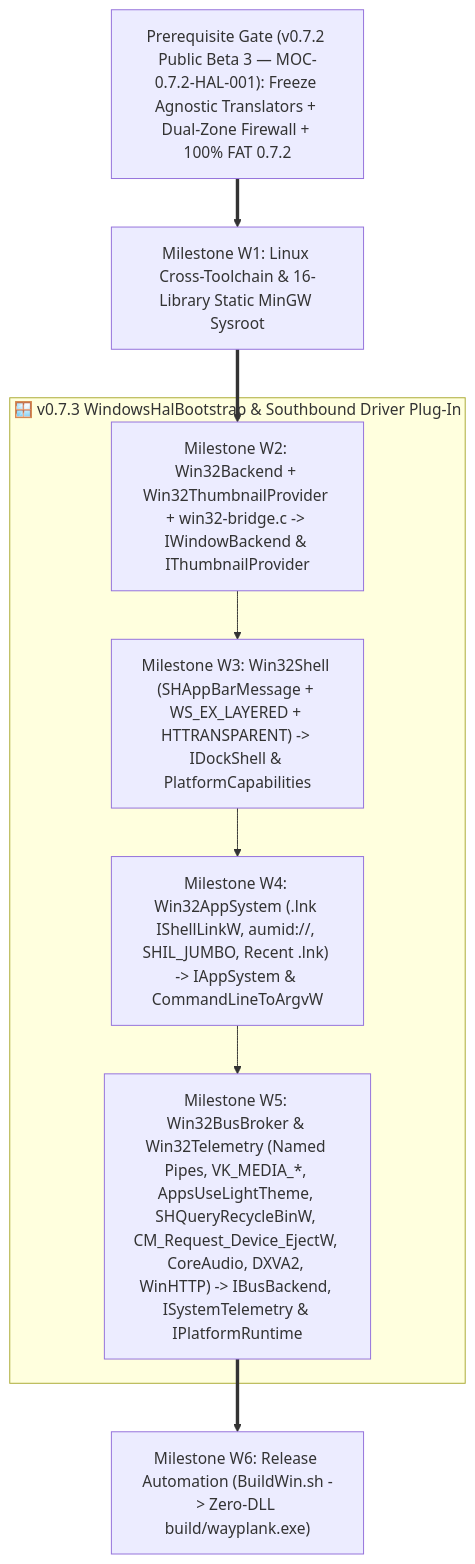
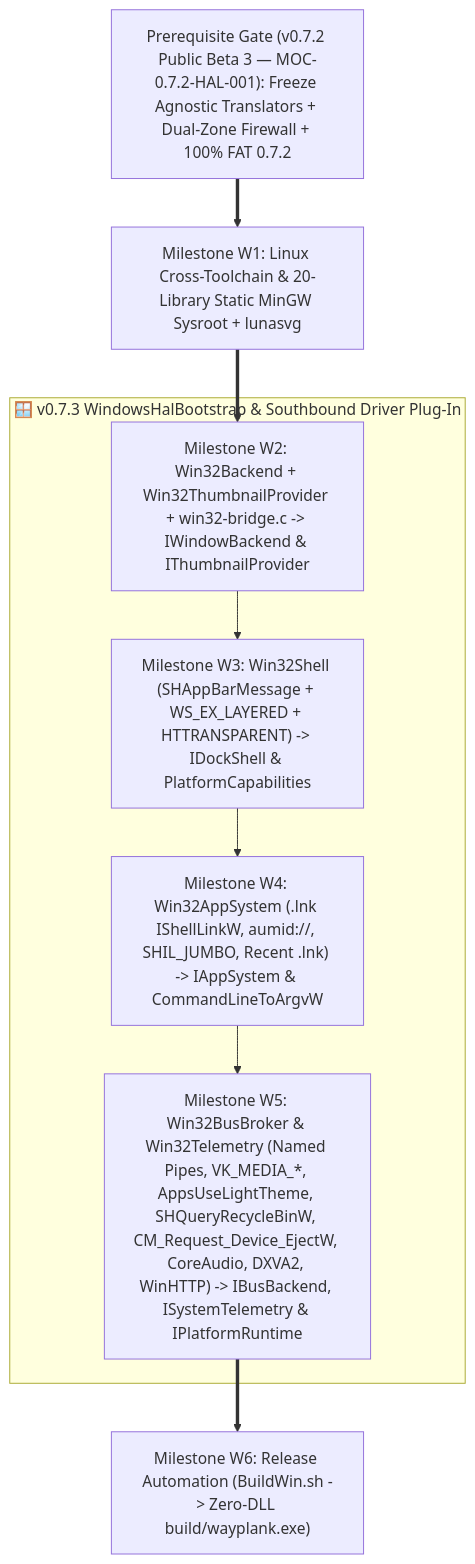
The seventh of 7 diagrams in Documentation/Architecture/HAL_WINDOWS_BACKEND.md (sergiomelas/WayPlank), drawn with Mermaid before and after one commit. The commit also changed other lines of this file and 48 other files, not shown here.

````diff
--- a/Documentation/Architecture/HAL_WINDOWS_BACKEND.md
+++ b/Documentation/Architecture/HAL_WINDOWS_BACKEND.md
@@ -313,17 +314,17 @@
 ```mermaid
 flowchart TD
     M0["Prerequisite Gate (v0.7.2 Public Beta 3 — MOC-0.7.2-HAL-001): Freeze Agnostic Translators + Dual-Zone Firewall + 100% FAT 0.7.2"] ==> M1;
-    M1["Milestone W1: Linux Cross-Toolchain & 16-Library Static MinGW Sysroot"] ==> M2;
+    M1["Milestone W1: Linux Cross-Toolchain & 20-Library Static MinGW Sysroot + lunasvg"] ==> M2;
 
     subgraph WIN_HAL_PLUG ["🪟 v0.7.3 WindowsHalBootstrap & Southbound Driver Plug-In"]
         M2["Milestone W2: Win32Backend + Win32ThumbnailProvider + win32-bridge.c -> IWindowBackend & IThumbnailProvider"];
         M3["Milestone W3: Win32Shell (SHAppBarMessage + WS_EX_LAYERED + HTTRANSPARENT) -> IDockShell & PlatformCapabilities"];
         M4["Milestone W4: Win32AppSystem (.lnk IShellLinkW, aumid://, SHIL_JUMBO, Recent .lnk) -> IAppSystem & CommandLineToArgvW"];
         M5["Milestone W5: Win32BusBroker & Win32Telemetry (Named Pipes, VK_MEDIA_*, AppsUseLightTheme, SHQueryRecycleBinW, CM_Request_Device_EjectW, CoreAudio, DXVA2, WinHTTP) -> IBusBackend, ISystemTelemetry & IPlatformRuntime"];
         M2 --> M3;
         M3 --> M4;
         M4 --> M5;
     end
 
     M5 ==> M6["Milestone W6: Release Automation (BuildWin.sh -> Zero-DLL build/wayplank.exe)"];
 ```
````
